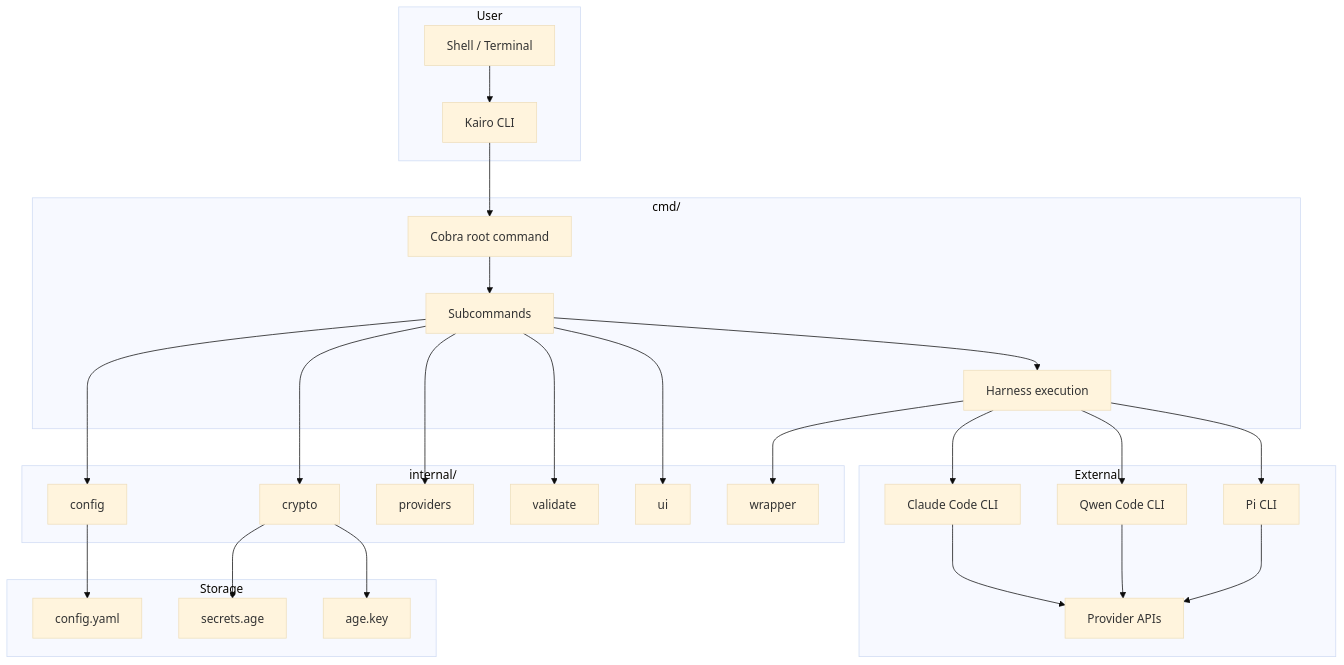
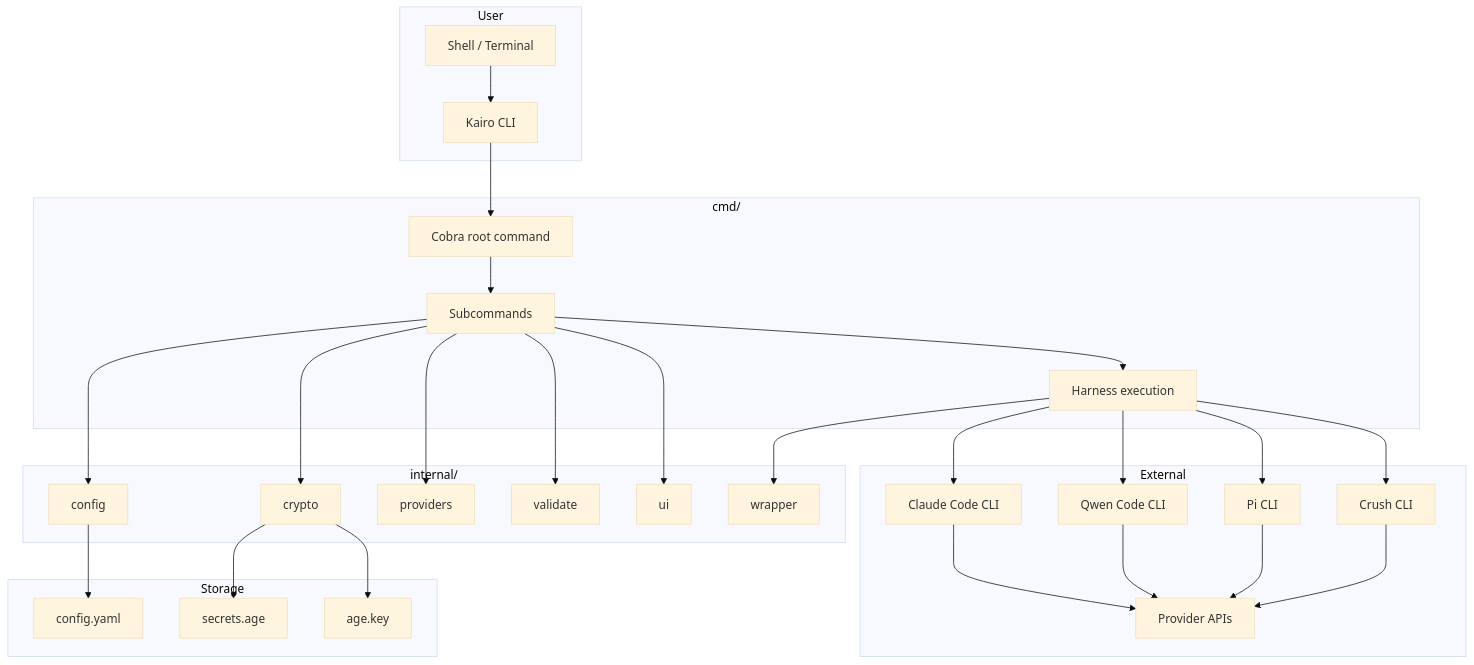
One commit to dkmnx/kairo changed the first of 3 diagrams in docs/architecture/README.md. Above: the diagram before and after it, drawn with Mermaid (base theme). The commit also changed other lines of this file and 2 other files, not shown here.

Commit message:
docs: add Crush harness, MiniMax (CN), and env_key to documentation
- README: add Crush to harness list, MiniMax (CN) to providers, Crush prerequisites
- docs/reference/configuration.md: add undocumented env_key field to schema
- docs/architecture/README.md: add Crush to overview and system diagram

````diff
--- a/docs/architecture/README.md
+++ b/docs/architecture/README.md
@@ -19,55 +19,58 @@
 ```mermaid
 flowchart TB
     subgraph User
         CLI[Kairo CLI]
         Shell[Shell / Terminal]
     end
 
     subgraph CommandLayer[cmd/]
         Cobra[Cobra root command]
         Commands[Subcommands]
         Execution[Harness execution]
     end
 
     subgraph Core[internal/]
         Config[config]
         Crypto[crypto]
         Providers[providers]
         Validate[validate]
         UI[ui]
         Wrapper[wrapper]
     end
 
     subgraph Storage
         ConfigFile[config.yaml]
         SecretsFile[secrets.age]
         KeyFile[age.key]
     end
 
     subgraph External
         Claude[Claude Code CLI]
         Qwen[Qwen Code CLI]
         Pi[Pi CLI]
+        CrushCLI[Crush CLI]
         APIs[Provider APIs]
     end
 
     Shell --> CLI
     CLI --> Cobra
     Cobra --> Commands
     Commands --> Execution
     Commands --> Config
     Commands --> Crypto
     Commands --> Providers
     Commands --> Validate
     Commands --> UI
     Execution --> Wrapper
     Config --> ConfigFile
     Crypto --> SecretsFile
     Crypto --> KeyFile
     Execution --> Claude
     Execution --> Qwen
     Execution --> Pi
+    Execution --> CrushCLI
     Claude --> APIs
     Qwen --> APIs
     Pi --> APIs
+    CrushCLI --> APIs
 ```
````
